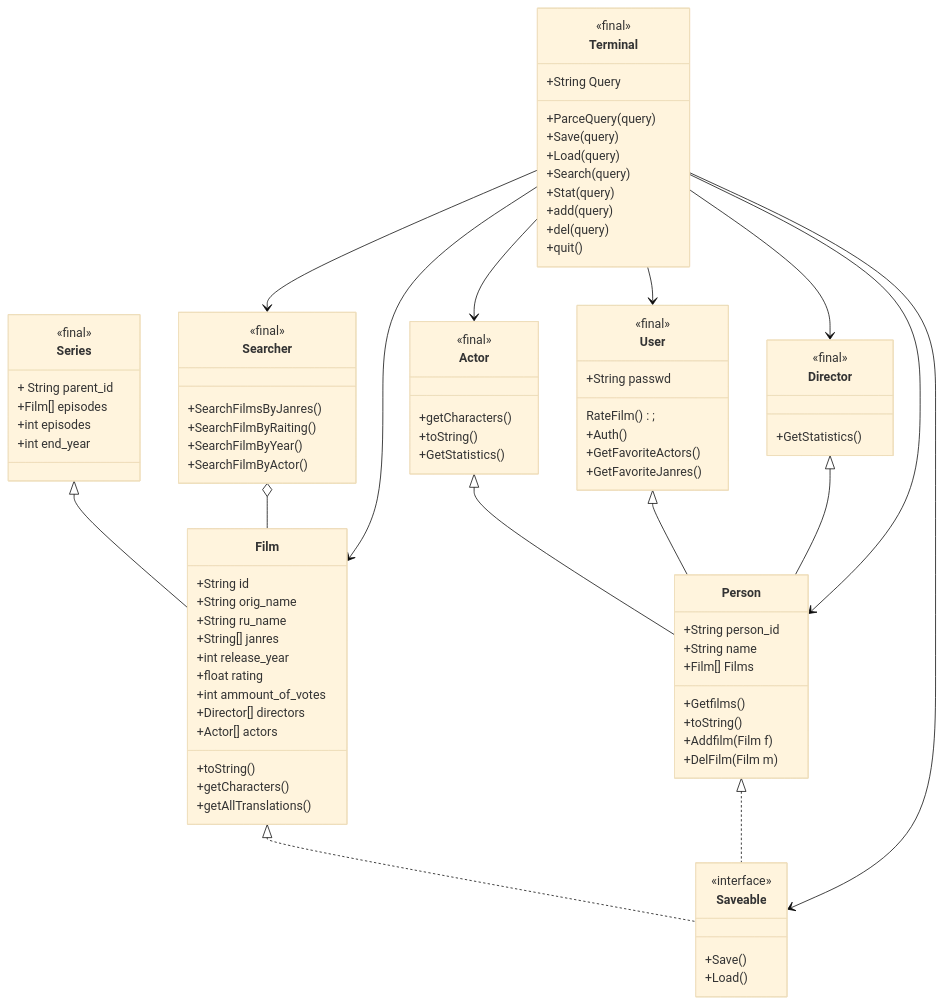
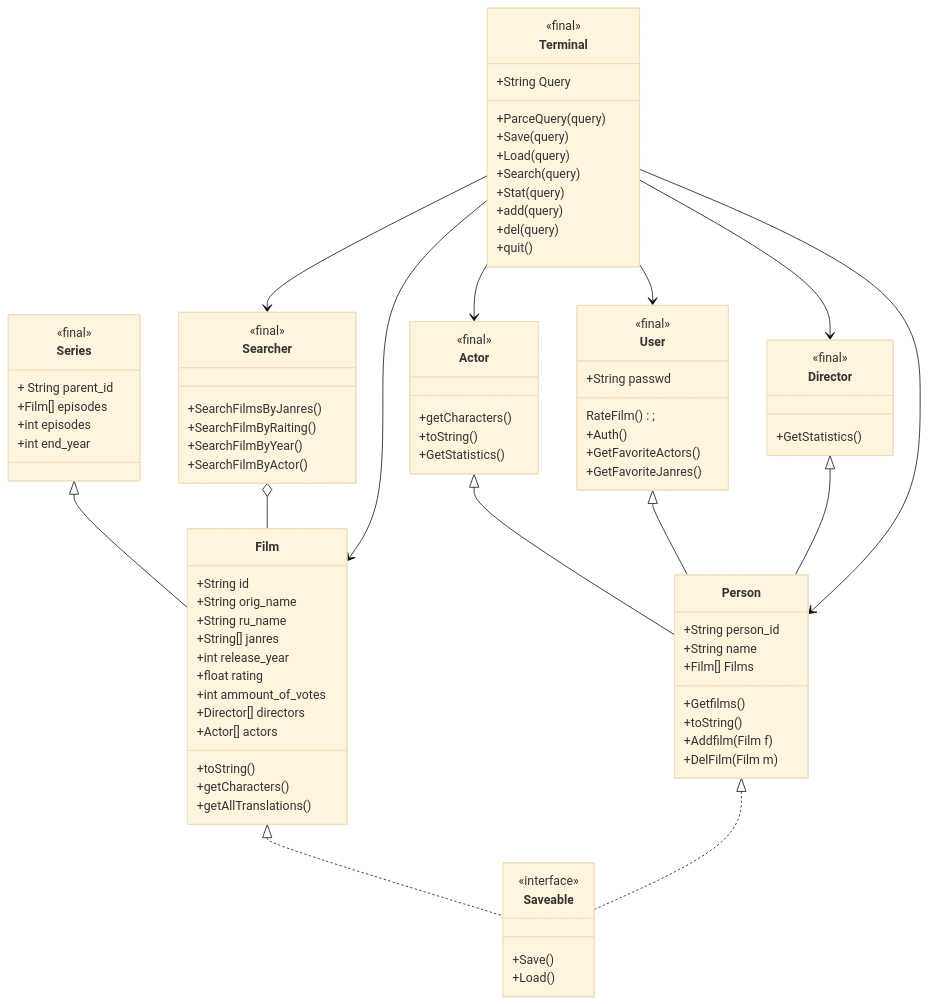
One commit to mmonastyrskiy/Programming_3_sem changed the diagram in Java_OOP/Monastyrskiy/Java_project/docs/structure.md. Above: the diagram before and after it, drawn with Mermaid (base theme).

```diff
--- a/Java_OOP/Monastyrskiy/Java_project/docs/structure.md
+++ b/Java_OOP/Monastyrskiy/Java_project/docs/structure.md
@@ -111,7 +111,6 @@
     Terminal --> Searcher
     Terminal --> Actor
     Terminal --> User
-    Terminal --> Saveable
     Terminal --> Director
      Terminal --> Person
       Terminal --> Film
```
